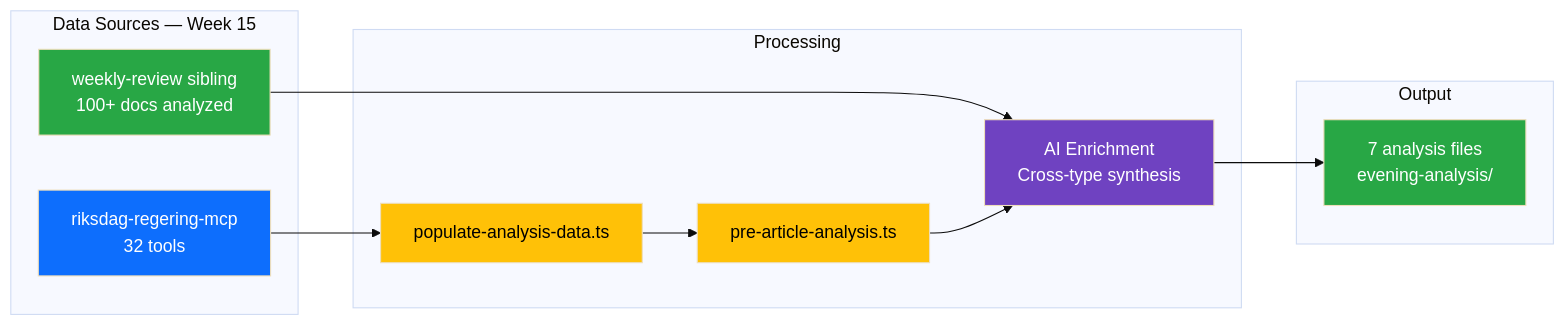
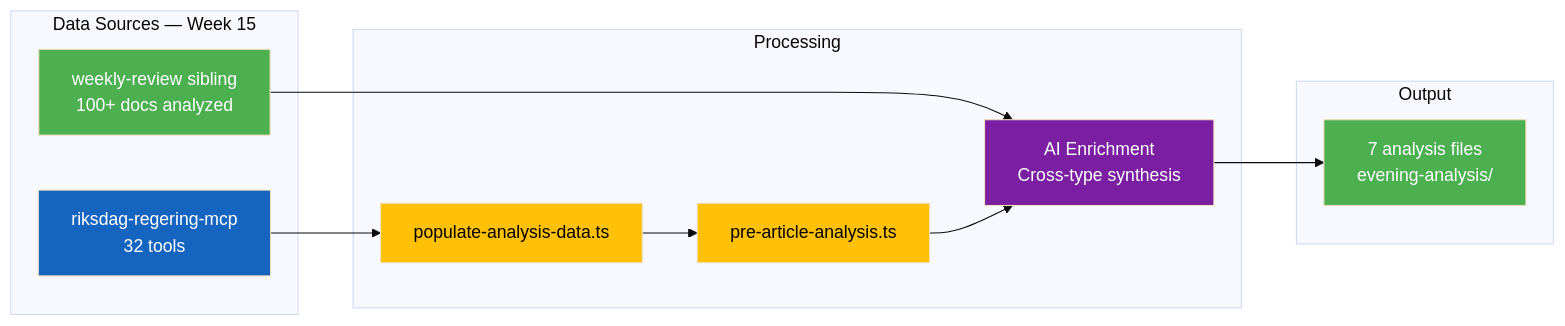
The diagram in analysis/daily/2026-04-11/evening-analysis/data-download-manifest.md (Hack23/riksdagsmonitor), drawn with Mermaid (base theme) before and after one commit. The commit also changed 785 other files, not shown here.

First line of the commit message:
Normalize mermaid colors across 786 analysis artifacts to ISMS Style Guide palette

````diff
--- a/analysis/daily/2026-04-11/evening-analysis/data-download-manifest.md
+++ b/analysis/daily/2026-04-11/evening-analysis/data-download-manifest.md
@@ -27,27 +27,27 @@
 ```mermaid
 graph LR
     subgraph "Data Sources — Week 15"
         MCP["riksdag-regering-mcp<br/>32 tools"]
         WR["weekly-review sibling<br/>100+ docs analyzed"]
     end
     subgraph "Processing"
         POP["populate-analysis-data.ts"]
         PRE["pre-article-analysis.ts"]
         AI["AI Enrichment<br/>Cross-type synthesis"]
     end
     subgraph "Output"
         ANA["7 analysis files<br/>evening-analysis/"]
     end
     MCP --> POP
     POP --> PRE
     WR --> AI
     PRE --> AI
     AI --> ANA
 
-    style MCP fill:#0d6efd,color:#fff
-    style WR fill:#28a745,color:#fff
-    style POP fill:#ffc107,color:#000
-    style PRE fill:#ffc107,color:#000
-    style AI fill:#6f42c1,color:#fff
-    style ANA fill:#28a745,color:#fff
+    style MCP fill:#1565C0,color:#FFFFFF
+    style WR fill:#4CAF50,color:#FFFFFF
+    style POP fill:#FFC107,color:#000000
+    style PRE fill:#FFC107,color:#000000
+    style AI fill:#7B1FA2,color:#FFFFFF
+    style ANA fill:#4CAF50,color:#FFFFFF
 ```
````
